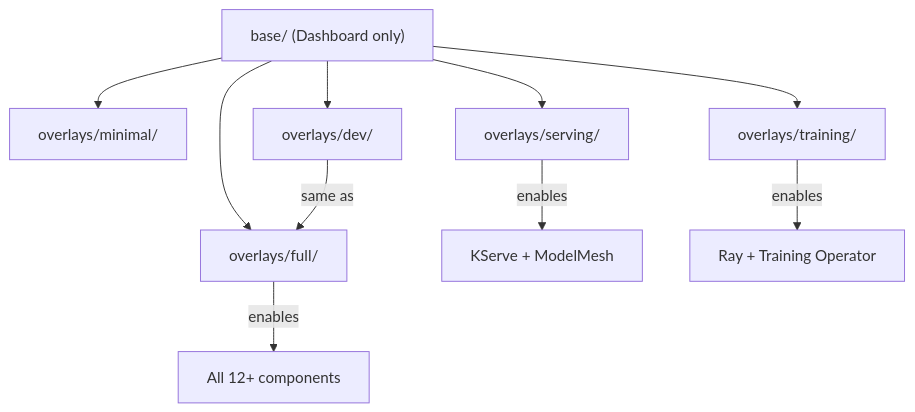
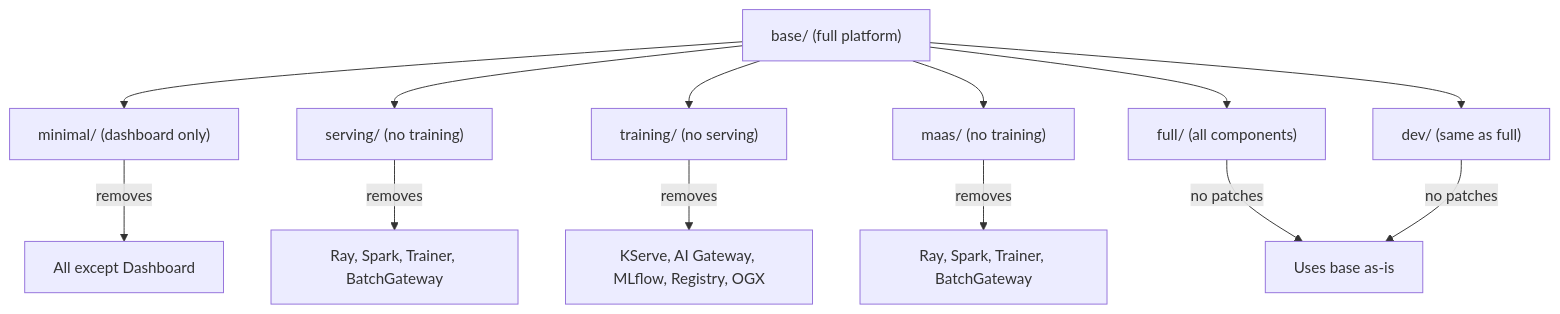
One commit to rrbanda/rhoai-deploy-gitops changed the diagram in docs/concepts/kustomize-overlays.md. Above: the diagram before and after it, drawn with Mermaid. The commit also changed other lines of this file and 27 other files, not shown here.

````diff
--- a/docs/concepts/kustomize-overlays.md
+++ b/docs/concepts/kustomize-overlays.md
@@ -75,13 +86,16 @@
 ```mermaid
 graph TD
-  Base["base/ (Dashboard only)"] --> Minimal["overlays/minimal/"]
-  Base --> Serving["overlays/serving/"]
-  Base --> Training["overlays/training/"]
-  Base --> Full["overlays/full/"]
-  Base --> Dev["overlays/dev/"]
+  Base["base/ (full platform)"] --> Minimal["minimal/ (dashboard only)"]
+  Base --> Serving["serving/ (no training)"]
+  Base --> Training["training/ (no serving)"]
+  Base --> MaaS["maas/ (no training)"]
+  Base --> Full["full/ (all components)"]
+  Base --> Dev["dev/ (same as full)"]
   
-  Serving -->|"enables"| KServe["KServe + ModelMesh"]
-  Training -->|"enables"| Ray["Ray + Training Operator"]
-  Full -->|"enables"| All["All 12+ components"]
-  Dev -->|"same as"| Full
+  Minimal -->|"removes"| MostComponents["All except Dashboard"]
+  Serving -->|"removes"| TrainingStack["Ray, Spark, Trainer, BatchGateway"]
+  Training -->|"removes"| ServingStack["KServe, AI Gateway, MLflow, Registry, OGX"]
+  MaaS -->|"removes"| TrainingStack2["Ray, Spark, Trainer, BatchGateway"]
+  Full -->|"no patches"| FullPlatform["Uses base as-is"]
+  Dev -->|"no patches"| FullPlatform
 ```
````
